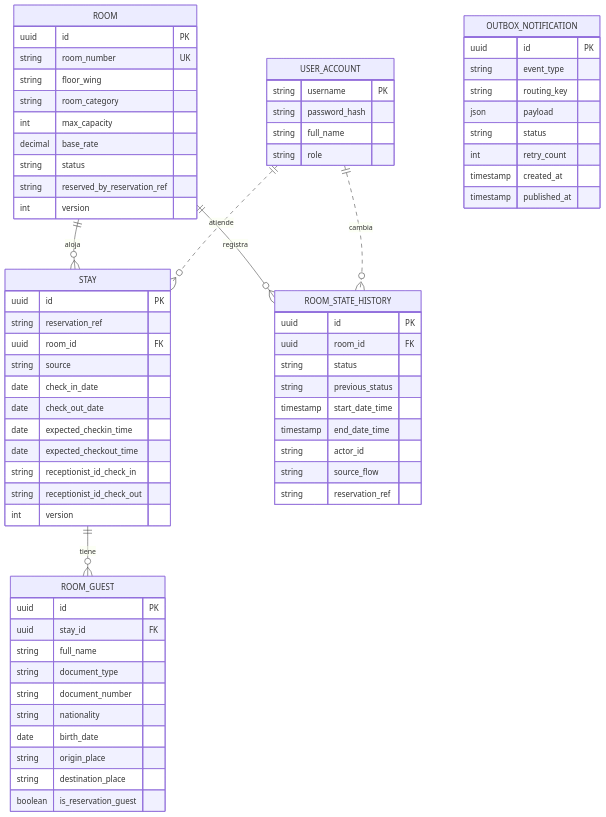
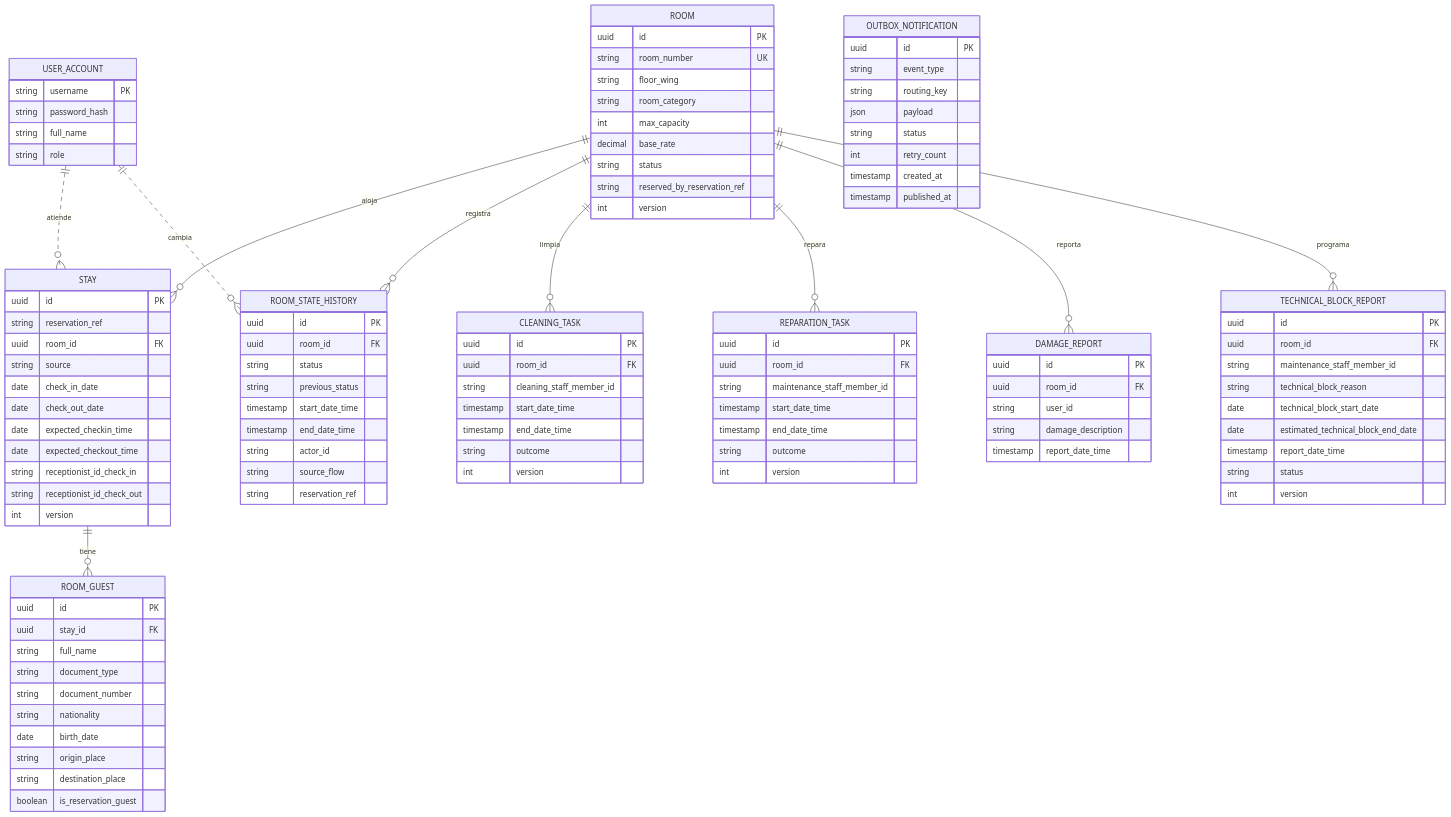
The diagram in documentos/PLAN/base/plan.md (MirianMarriaga/hospitua-module-1), drawn with Mermaid before and after one commit. The commit also changed other lines of this file, not shown here.

Commit message:
feat: Actualización de componentes compartidos de limpieza y mantenimiento y ENUM para SourceFlow

```diff
--- a/documentos/PLAN/base/plan.md
+++ b/documentos/PLAN/base/plan.md
@@ -333,6 +346,10 @@
 erDiagram
   ROOM ||--o{ STAY : aloja
   ROOM ||--o{ ROOM_STATE_HISTORY : registra
+  ROOM ||--o{ CLEANING_TASK : limpia
+  ROOM ||--o{ REPARATION_TASK : repara
+  ROOM ||--o{ DAMAGE_REPORT : reporta
+  ROOM ||--o{ TECHNICAL_BLOCK_REPORT : programa
   STAY ||--o{ ROOM_GUEST : tiene
   USER_ACCOUNT ||..o{ STAY : atiende
   USER_ACCOUNT ||..o{ ROOM_STATE_HISTORY : cambia
@@ -384,6 +401,42 @@
     string destination_place
     boolean is_reservation_guest
   }
+  CLEANING_TASK {
+    uuid id PK
+    uuid room_id FK
+    string cleaning_staff_member_id
+    timestamp start_date_time
+    timestamp end_date_time
+    string outcome
+    int version
+  }
+  REPARATION_TASK {
+    uuid id PK
+    uuid room_id FK
+    string maintenance_staff_member_id
+    timestamp start_date_time
+    timestamp end_date_time
+    string outcome
+    int version
+  }
+  DAMAGE_REPORT {
+    uuid id PK
+    uuid room_id FK
+    string user_id
+    string damage_description
+    timestamp report_date_time
+  }
+  TECHNICAL_BLOCK_REPORT {
+    uuid id PK
+    uuid room_id FK
+    string maintenance_staff_member_id
+    string technical_block_reason
+    date technical_block_start_date
+    date estimated_technical_block_end_date
+    timestamp report_date_time
+    string status
+    int version
+  }
   OUTBOX_NOTIFICATION {
     uuid id PK
     string event_type
```
